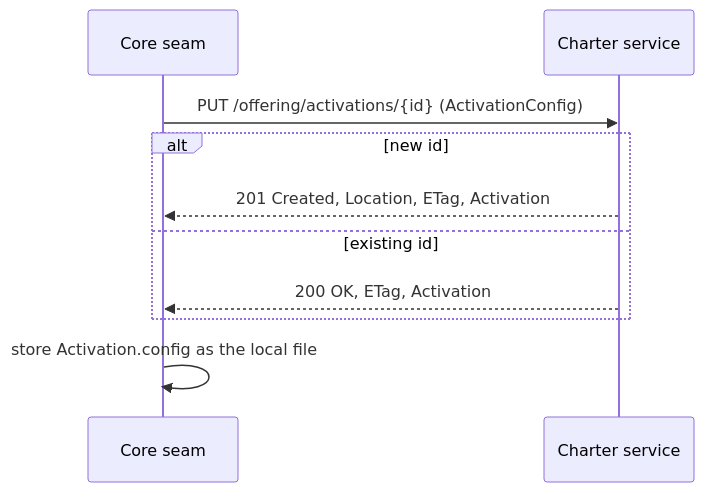
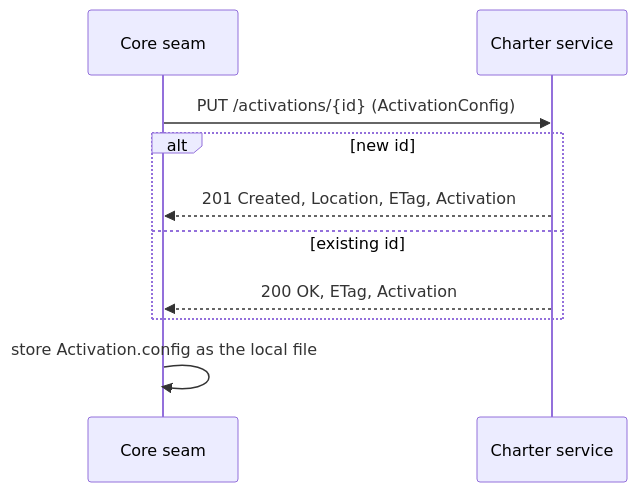
The first of 2 diagrams in docs/architecture/offering-and-activation.md (spec-kitty/spec-kitty-charter), drawn with Mermaid before and after one commit. The commit also changed other lines of this file and 10 other files, not shown here.

````diff
--- a/docs/architecture/offering-and-activation.md
+++ b/docs/architecture/offering-and-activation.md
@@ -115,12 +123,12 @@
 ```mermaid
 sequenceDiagram
   participant Core as Core seam
   participant Svc as Charter service
-  Core->>Svc: PUT /offering/activations/{id} (ActivationConfig)
+  Core->>Svc: PUT /activations/{id} (ActivationConfig)
   alt new id
     Svc-->>Core: 201 Created, Location, ETag, Activation
   else existing id
     Svc-->>Core: 200 OK, ETag, Activation
   end
   Core->>Core: store Activation.config as the local file
 ```
````
